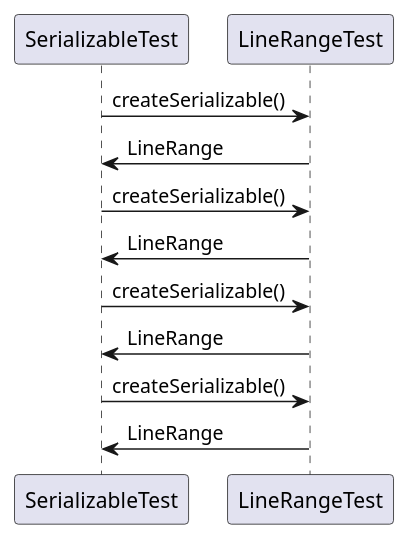
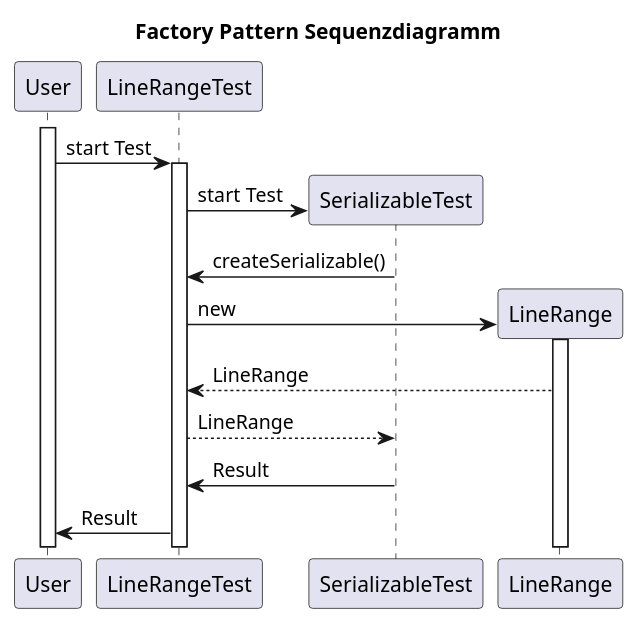
The diagram in doc/factoryPatternSeq.puml (jenkinsci/analysis-model), drawn with PlantUML before and after one commit. The commit also changed 5 other files, not shown here.

Commit message:
Javadoc hinzugefügt + UML überarbeitet

```diff
--- a/doc/factoryPatternSeq.puml
+++ b/doc/factoryPatternSeq.puml
@@ -1,15 +1,26 @@
 @startuml
 
-SerializableTest -> LineRangeTest: createSerializable()
-LineRangeTest -> SerializableTest: LineRange
+title Factory Pattern Sequenzdiagramm
 
-SerializableTest -> LineRangeTest: createSerializable()
-LineRangeTest -> SerializableTest: LineRange
+participant User
+activate User
 
-SerializableTest -> LineRangeTest: createSerializable()
-LineRangeTest -> SerializableTest: LineRange
+User -> LineRangeTest : start Test
+activate LineRangeTest
 
-SerializableTest -> LineRangeTest: createSerializable()
-LineRangeTest -> SerializableTest: LineRange
+create SerializableTest
+LineRangeTest -> SerializableTest : start Test
+SerializableTest -> LineRangeTest : createSerializable()
+
+create LineRange
+LineRangeTest -> LineRange : new
+activate LineRange
+LineRange --> LineRangeTest : LineRange
+LineRangeTest --> SerializableTest : LineRange
+
+SerializableTest -> LineRangeTest : Result
+LineRangeTest -> User : Result
+
+
 
 @enduml
```
